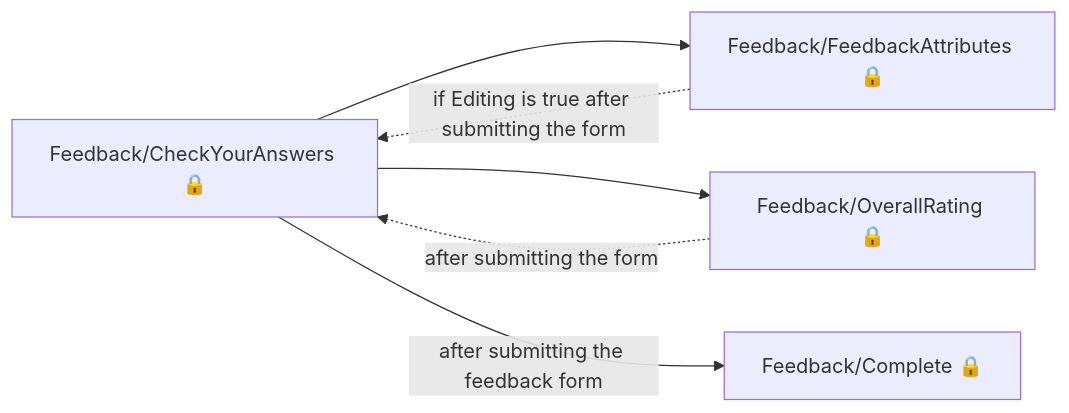
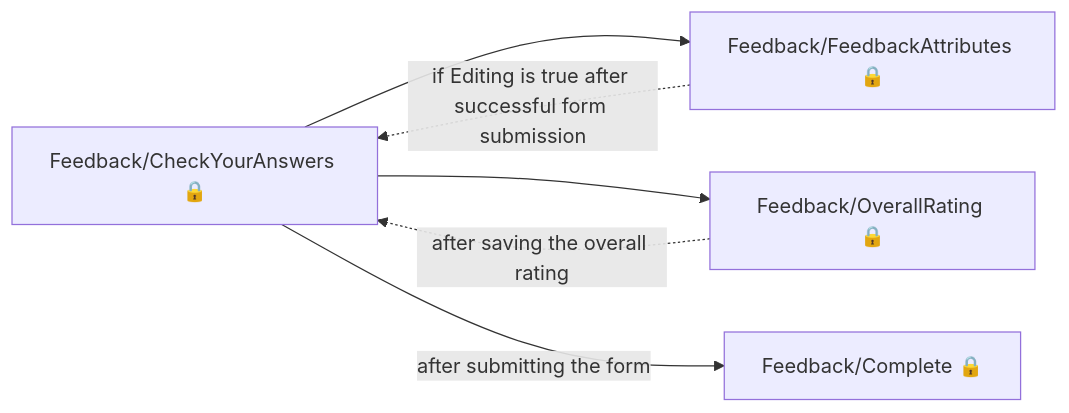
Before and after one commit to talentconsulting/atlas-dfe: the first of 6 diagrams in das-apprentice-feedback-web/user-journeys/user-journeys.md, drawn with Mermaid. The commit also changed other lines of this file and 22 other files, not shown here.

````diff
--- a/das-apprentice-feedback-web/user-journeys/user-journeys.md
+++ b/das-apprentice-feedback-web/user-journeys/user-journeys.md
@@ -11,8 +11,8 @@
 ```mermaid
 flowchart LR
   p0["Feedback/CheckYourAnswers 🔒"] --> p1["Feedback/FeedbackAttributes 🔒"]
-  p1["Feedback/FeedbackAttributes 🔒"] -.->|"if Editing is true after submitting the form"| p0["Feedback/CheckYourAnswers 🔒"]
+  p1["Feedback/FeedbackAttributes 🔒"] -.->|"if Editing is true after successful form submission"| p0["Feedback/CheckYourAnswers 🔒"]
   p0["Feedback/CheckYourAnswers 🔒"] --> p2["Feedback/OverallRating 🔒"]
-  p2["Feedback/OverallRating 🔒"] -.->|"after submitting the form"| p0["Feedback/CheckYourAnswers 🔒"]
-  p0["Feedback/CheckYourAnswers 🔒"] -->|"after submitting the feedback form"| p3["Feedback/Complete 🔒"]
+  p2["Feedback/OverallRating 🔒"] -.->|"after saving the overall rating"| p0["Feedback/CheckYourAnswers 🔒"]
+  p0["Feedback/CheckYourAnswers 🔒"] -->|"after submitting the form"| p3["Feedback/Complete 🔒"]
 ```
````
